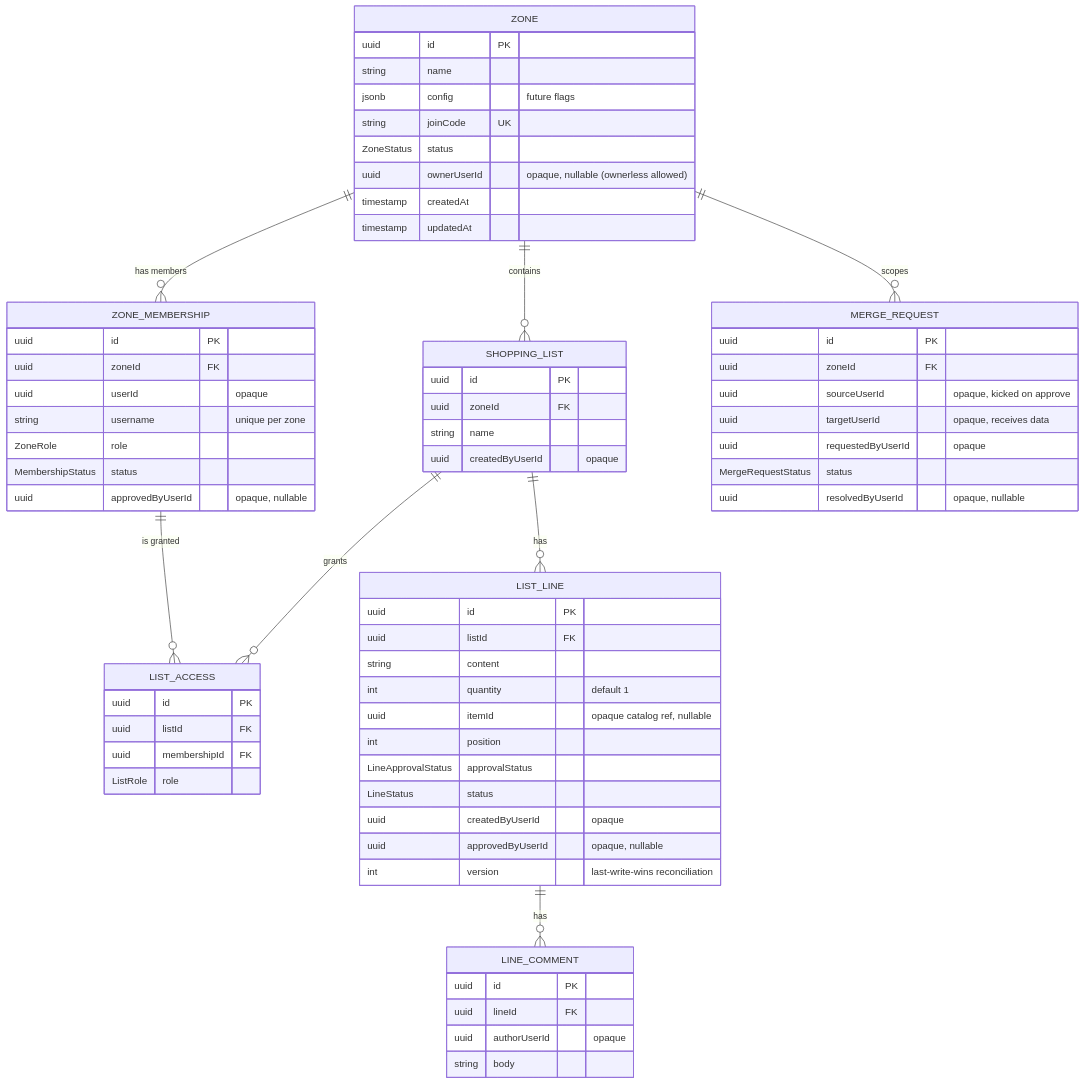
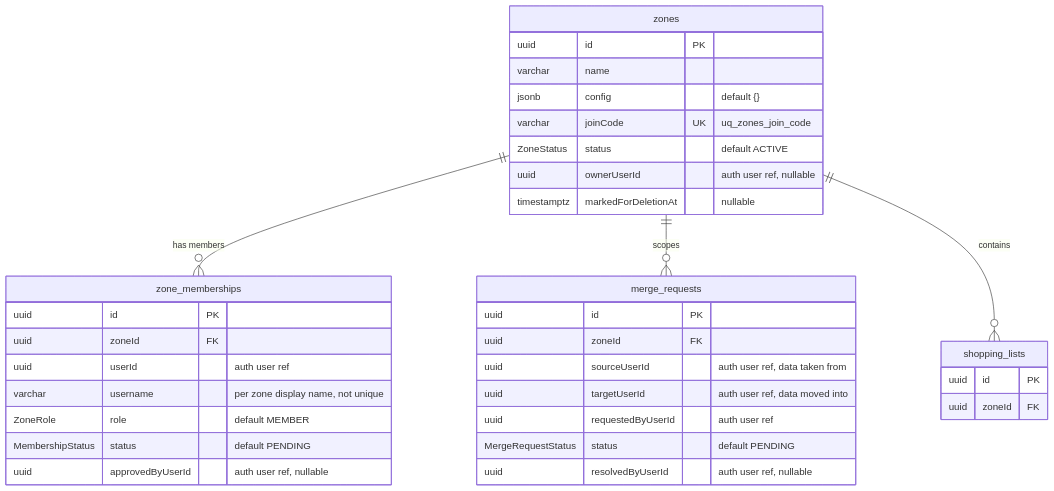
One commit to IchirokuXVI/nx-portfolio changed the first of 6 diagrams in apps/luna-shopper-backend/core/docs/data-model.md. Above: the diagram before and after it, drawn with Mermaid. The commit also changed other lines of this file and 29 other files, not shown here.

````diff
--- a/apps/luna-shopper-backend/core/docs/data-model.md
+++ b/apps/luna-shopper-backend/core/docs/data-model.md
@@ -14,70 +33,38 @@
 ```mermaid
 erDiagram
-    ZONE ||--o{ ZONE_MEMBERSHIP : "has members"
-    ZONE ||--o{ SHOPPING_LIST : "contains"
-    ZONE ||--o{ MERGE_REQUEST : "scopes"
-    SHOPPING_LIST ||--o{ LIST_ACCESS : "grants"
-    ZONE_MEMBERSHIP ||--o{ LIST_ACCESS : "is granted"
-    SHOPPING_LIST ||--o{ LIST_LINE : "has"
-    LIST_LINE ||--o{ LINE_COMMENT : "has"
+    zones ||--o{ zone_memberships : "has members"
+    zones ||--o{ merge_requests : "scopes"
+    zones ||--o{ shopping_lists : "contains"
 
-    ZONE {
+    zones {
         uuid id PK
-        string name
-        jsonb config "future flags"
-        string joinCode UK
-        ZoneStatus status
-        uuid ownerUserId "opaque, nullable (ownerless allowed)"
-        timestamp createdAt
-        timestamp updatedAt
+        varchar name
+        jsonb config "default {}"
+        varchar joinCode UK "uq_zones_join_code"
+        ZoneStatus status "default ACTIVE"
+        uuid ownerUserId "auth user ref, nullable"
+        timestamptz markedForDeletionAt "nullable"
     }
-    ZONE_MEMBERSHIP {
+    zone_memberships {
         uuid id PK
         uuid zoneId FK
-        uuid userId "opaque"
-        string username "unique per zone"
-        ZoneRole role
-        MembershipStatus status
-        uuid approvedByUserId "opaque, nullable"
+        uuid userId "auth user ref"
+        varchar username "per zone display name, not unique"
+        ZoneRole role "default MEMBER"
+        MembershipStatus status "default PENDING"
+        uuid approvedByUserId "auth user ref, nullable"
     }
-    MERGE_REQUEST {
+    merge_requests {
         uuid id PK
         uuid zoneId FK
-        uuid sourceUserId "opaque, kicked on approve"
-        uuid targetUserId "opaque, receives data"
-        uuid requestedByUserId "opaque"
-        MergeRequestStatus status
-        uuid resolvedByUserId "opaque, nullable"
+        uuid sourceUserId "auth user ref, data taken from"
+        uuid targetUserId "auth user ref, data moved into"
+        uuid requestedByUserId "auth user ref"
+        MergeRequestStatus status "default PENDING"
+        uuid resolvedByUserId "auth user ref, nullable"
     }
-    SHOPPING_LIST {
+    shopping_lists {
         uuid id PK
         uuid zoneId FK
-        string name
-        uuid createdByUserId "opaque"
-    }
-    LIST_ACCESS {
-        uuid id PK
-        uuid listId FK
-        uuid membershipId FK
-        ListRole role
-    }
-    LIST_LINE {
-        uuid id PK
-        uuid listId FK
-        string content
-        int quantity "default 1"
-        uuid itemId "opaque catalog ref, nullable"
-        int position
-        LineApprovalStatus approvalStatus
-        LineStatus status
-        uuid createdByUserId "opaque"
-        uuid approvedByUserId "opaque, nullable"
-        int version "last-write-wins reconciliation"
-    }
-    LINE_COMMENT {
-        uuid id PK
-        uuid lineId FK
-        uuid authorUserId "opaque"
-        string body
     }
 ```
````
